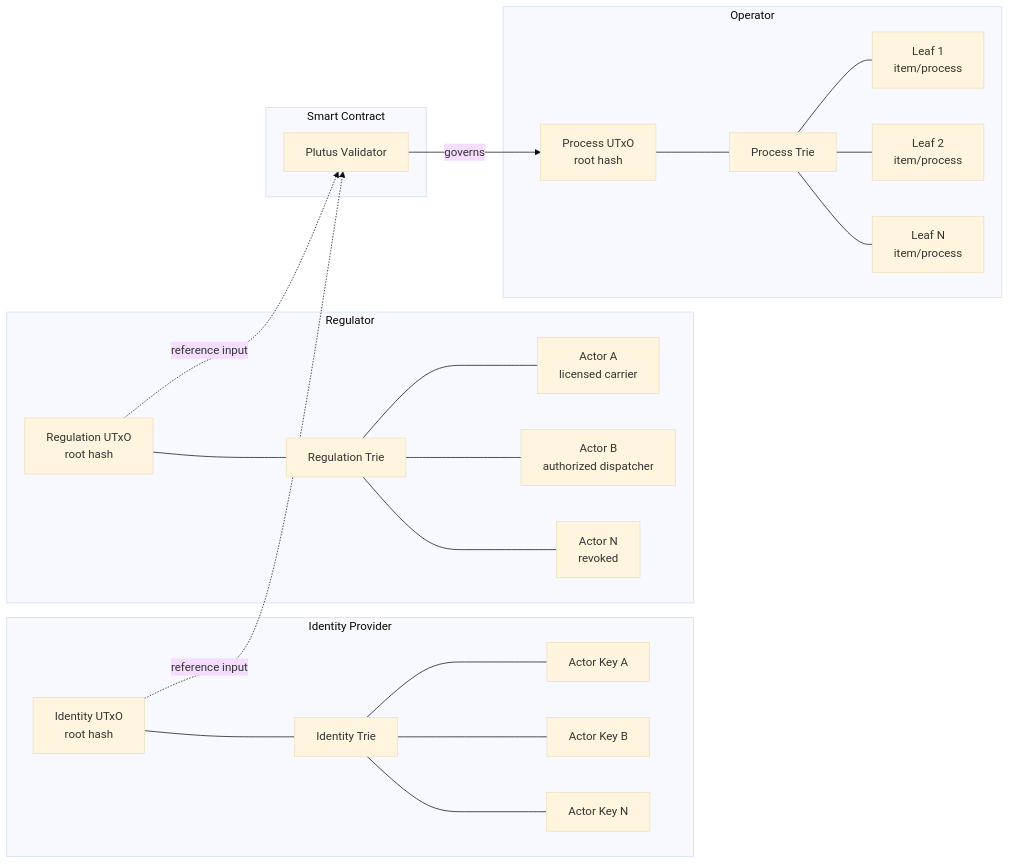
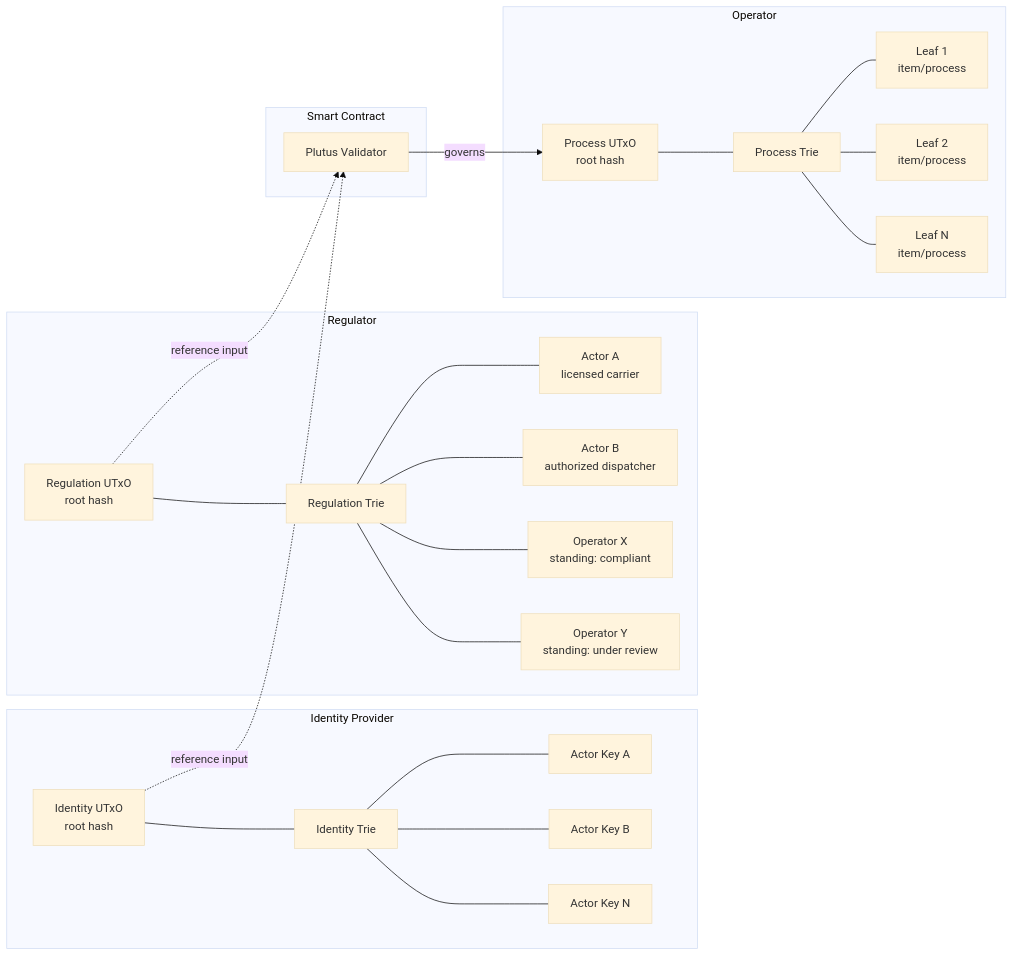
Before and after one commit to lambdasistemi/cardano-for-regulators: the second of 20 diagrams in docs/framework/schema.md, drawn with Mermaid (base theme). The commit also changed other lines of this file, not shown here.

Commit message:
align schema with thesis: beacon protocol, operator standing, temporal integrity, data availability

````diff
--- a/docs/framework/schema.md
+++ b/docs/framework/schema.md
@@ -49,37 +49,38 @@
 ```mermaid
 graph LR
     subgraph Identity Provider
         IDP_UTxO[Identity UTxO<br/>root hash]
         IDP_T[Identity Trie]
         IDP_UTxO --- IDP_T
         IDP_T --- K1[Actor Key A]
         IDP_T --- K2[Actor Key B]
         IDP_T --- K3[Actor Key N]
     end
 
     subgraph Regulator
         REG_UTxO[Regulation UTxO<br/>root hash]
         REG_T[Regulation Trie]
         REG_UTxO --- REG_T
         REG_T --- R1[Actor A<br/>licensed carrier]
         REG_T --- R2[Actor B<br/>authorized dispatcher]
-        REG_T --- R3[Actor N<br/>revoked]
+        REG_T --- R3[Operator X<br/>standing: compliant]
+        REG_T --- R4[Operator Y<br/>standing: under review]
     end
 
     subgraph Operator
         OP_UTxO[Process UTxO<br/>root hash]
         OP_T[Process Trie]
         OP_UTxO --- OP_T
         OP_T --- L1[Leaf 1<br/>item/process]
         OP_T --- L2[Leaf 2<br/>item/process]
         OP_T --- L3[Leaf N<br/>item/process]
     end
 
     subgraph Smart Contract
         SC[Plutus Validator]
     end
 
     SC -->|governs| OP_UTxO
     IDP_UTxO -.->|reference input| SC
     REG_UTxO -.->|reference input| SC
 ```
````
